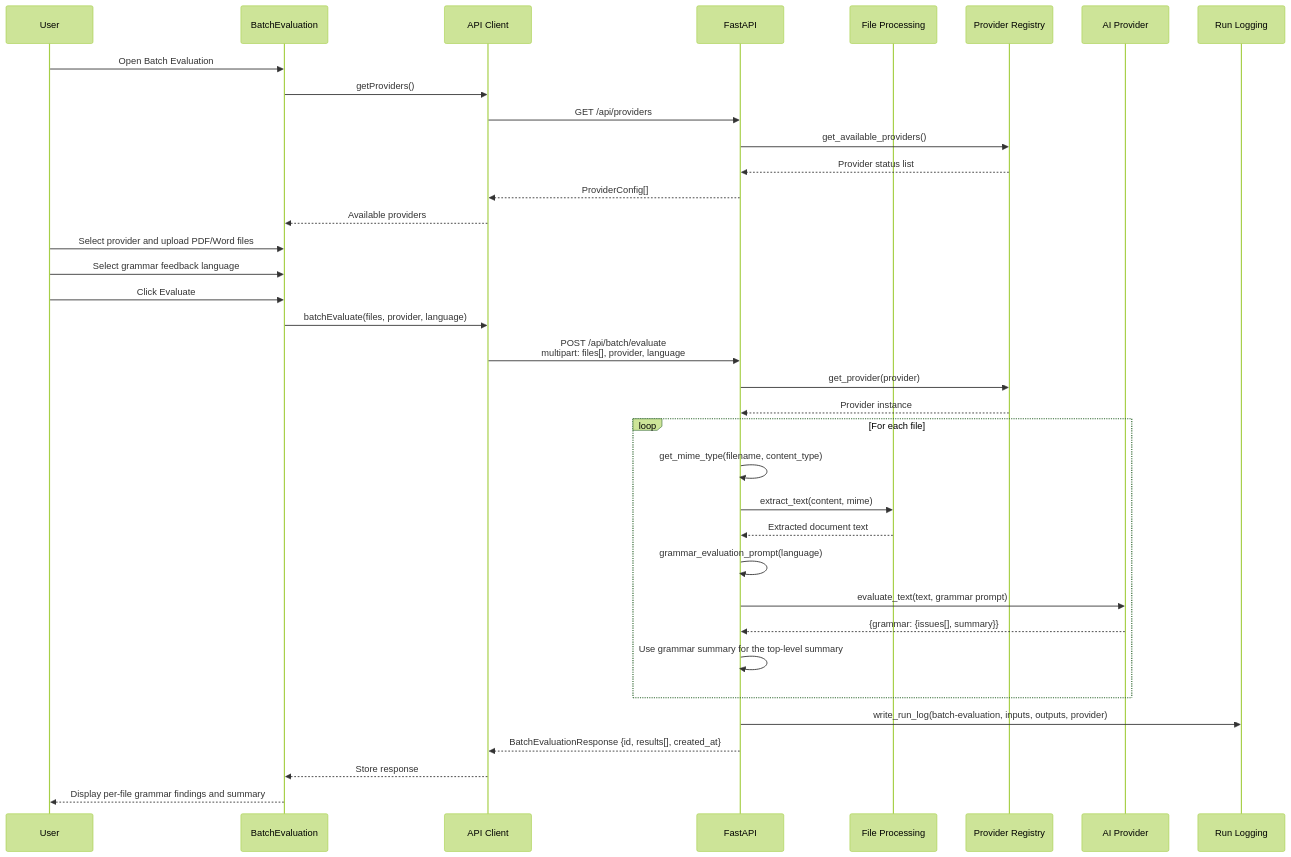
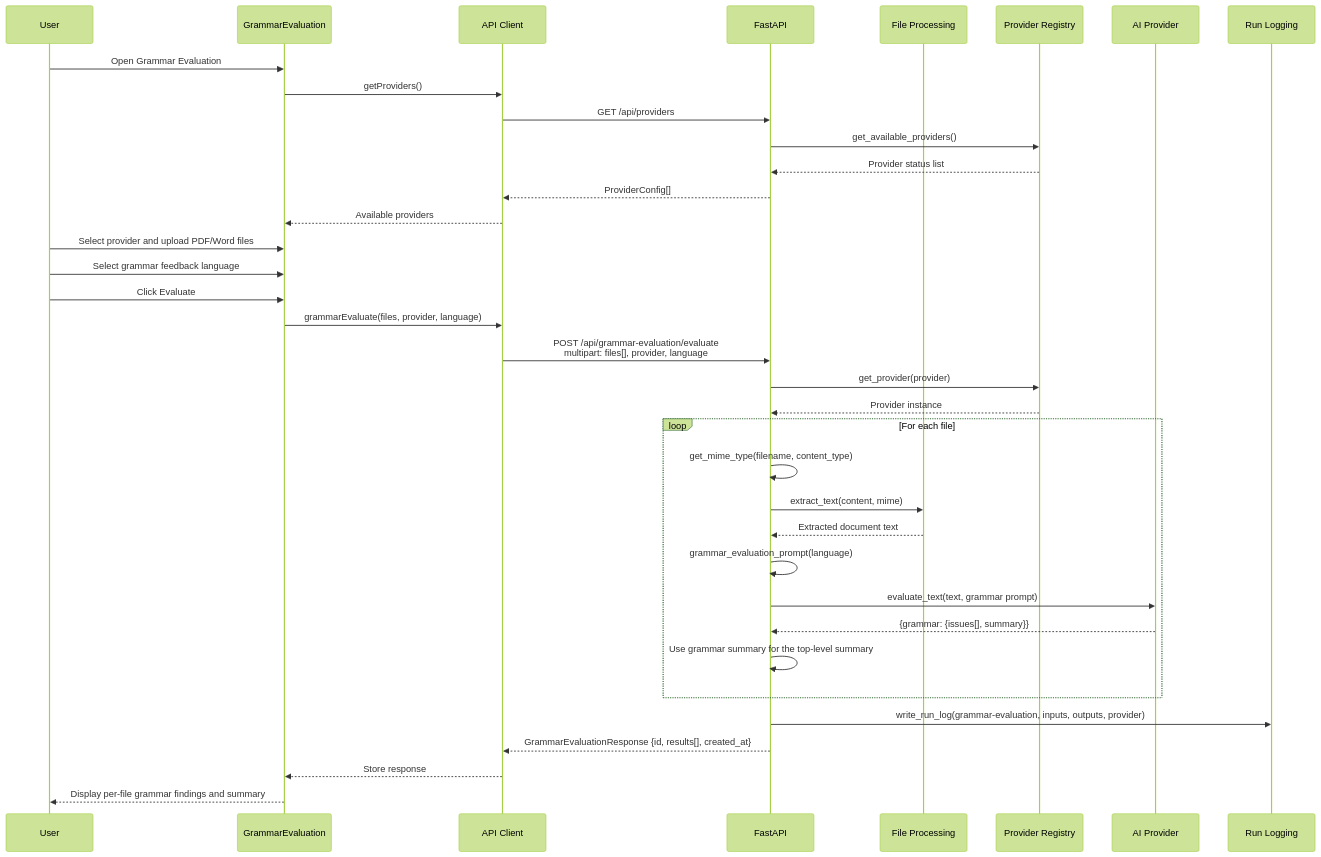
One commit to franciscosuca/exan changed the third of 6 diagrams in docs/ARCHITECTURE.md. Above: the diagram before and after it, drawn with Mermaid (forest theme). The commit also changed other lines of this file and 34 other files, not shown here.

````diff
--- a/docs/ARCHITECTURE.md
+++ b/docs/ARCHITECTURE.md
@@ -198,44 +198,44 @@
 ```mermaid
 sequenceDiagram
     participant U as User
-    participant BE as BatchEvaluation
+    participant BE as GrammarEvaluation
     participant API as API Client
     participant SVC as FastAPI
     participant FP as File Processing
     participant PR as Provider Registry
     participant AI as AI Provider
     participant LOG as Run Logging
 
-    U->>BE: Open Batch Evaluation
+    U->>BE: Open Grammar Evaluation
     BE->>API: getProviders()
     API->>SVC: GET /api/providers
     SVC->>PR: get_available_providers()
     PR-->>SVC: Provider status list
     SVC-->>API: ProviderConfig[]
     API-->>BE: Available providers
 
     U->>BE: Select provider and upload PDF/Word files
     U->>BE: Select grammar feedback language
     U->>BE: Click Evaluate
 
-    BE->>API: batchEvaluate(files, provider, language)
-    API->>SVC: POST /api/batch/evaluate<br/>multipart: files[], provider, language
+    BE->>API: grammarEvaluate(files, provider, language)
+    API->>SVC: POST /api/grammar-evaluation/evaluate<br/>multipart: files[], provider, language
     SVC->>PR: get_provider(provider)
     PR-->>SVC: Provider instance
 
     loop For each file
         SVC->>SVC: get_mime_type(filename, content_type)
         SVC->>FP: extract_text(content, mime)
         FP-->>SVC: Extracted document text
 
         SVC->>SVC: grammar_evaluation_prompt(language)
         SVC->>AI: evaluate_text(text, grammar prompt)
         AI-->>SVC: {grammar: {issues[], summary}}
         SVC->>SVC: Use grammar summary for the top-level summary
     end
 
-    SVC->>LOG: write_run_log(batch-evaluation, inputs, outputs, provider)
-    SVC-->>API: BatchEvaluationResponse {id, results[], created_at}
+    SVC->>LOG: write_run_log(grammar-evaluation, inputs, outputs, provider)
+    SVC-->>API: GrammarEvaluationResponse {id, results[], created_at}
     API-->>BE: Store response
     BE-->>U: Display per-file grammar findings and summary
 ```
````
